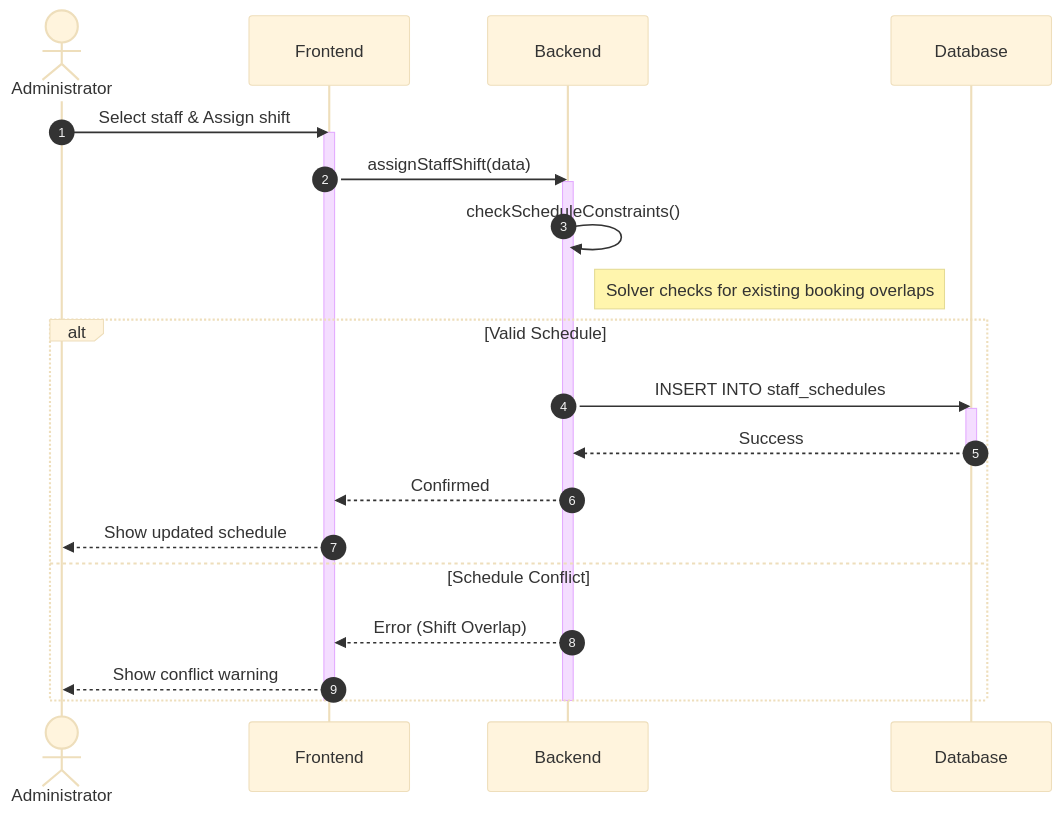
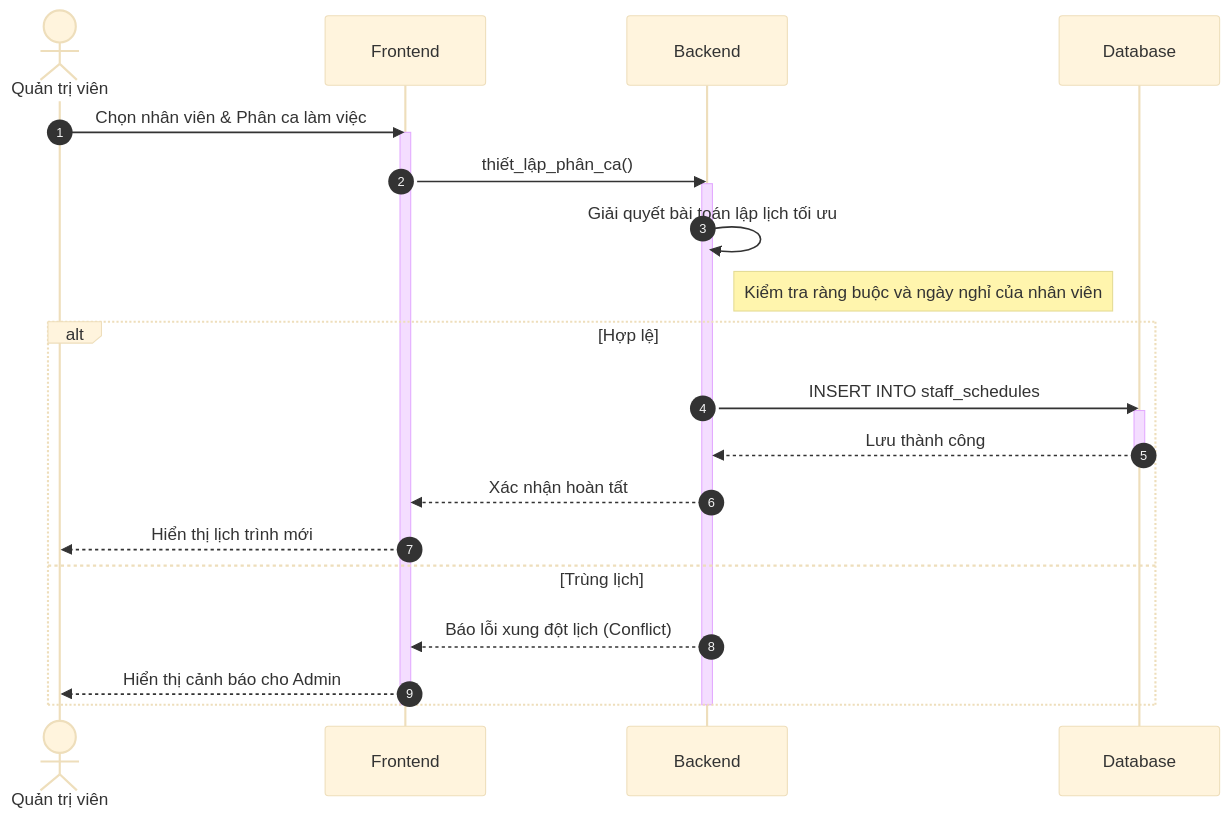
The first of 3 diagrams in docs/design/sequences_simplified/admin_flows.md (ngoctinn/Synapse), drawn with Mermaid (base theme) before and after one commit. The commit also changed other lines of this file and 4 other files, not shown here.

Commit message:
docs: Add simplified sequence diagrams for authentication and various user flows.

````diff
--- a/docs/design/sequences_simplified/admin_flows.md
+++ b/docs/design/sequences_simplified/admin_flows.md
@@ -7,30 +7,30 @@
 ```mermaid
 sequenceDiagram
     autonumber
-    actor Admin as Administrator
+    actor Admin as Quản trị viên
     participant FE as Frontend
     participant BE as Backend
     participant DB as Database
 
-    Admin->>FE: Select staff & Assign shift
+    Admin->>FE: Chọn nhân viên & Phân ca làm việc
     activate FE
-    FE->>BE: assignStaffShift(data)
+    FE->>BE: thiết_lập_phân_ca()
     activate BE
 
-    BE->>BE: checkScheduleConstraints()
-    Note right of BE: Solver checks for existing booking overlaps
+    BE->>BE: Giải quyết bài toán lập lịch tối ưu
+    Note right of BE: Kiểm tra ràng buộc và ngày nghỉ của nhân viên
 
-    alt Valid Schedule
+    alt Hợp lệ
         BE->>DB: INSERT INTO staff_schedules
         activate DB
-        DB-->>BE: Success
+        DB-->>BE: Lưu thành công
         deactivate DB
-        BE-->>FE: Confirmed
-        FE-->>Admin: Show updated schedule
-    else Schedule Conflict
-        BE-->>FE: Error (Shift Overlap)
-        FE-->>Admin: Show conflict warning
+        BE-->>FE: Xác nhận hoàn tất
+        FE-->>Admin: Hiển thị lịch trình mới
+    else Trùng lịch
+        BE-->>FE: Báo lỗi xung đột lịch (Conflict)
+        FE-->>Admin: Hiển thị cảnh báo cho Admin
     end
     deactivate BE
     deactivate FE
 ```
````
